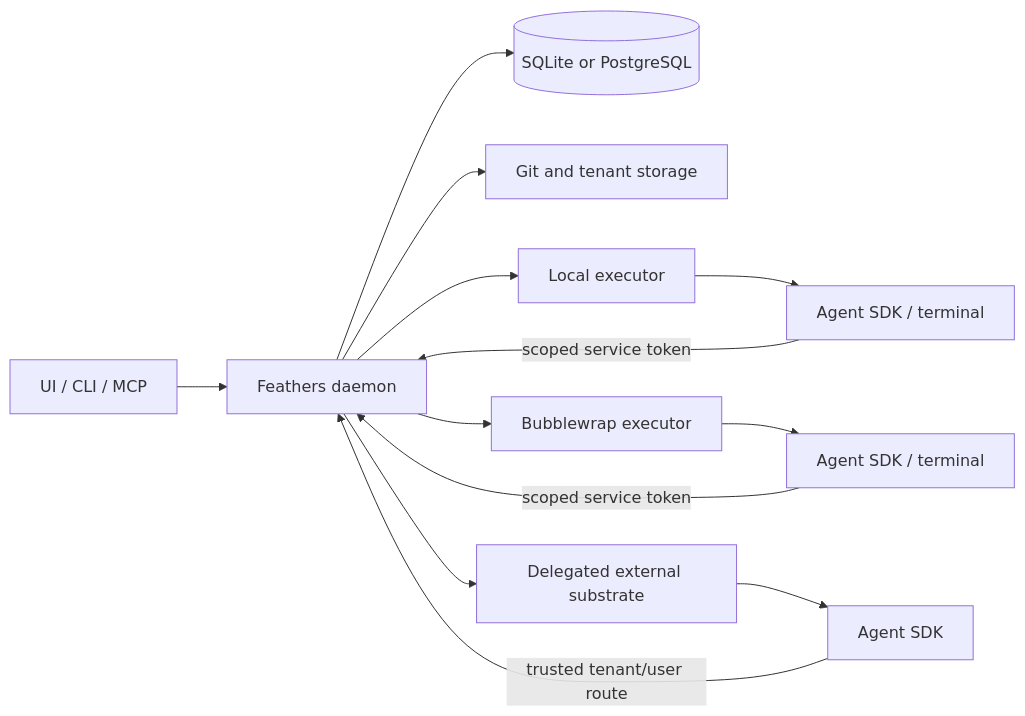
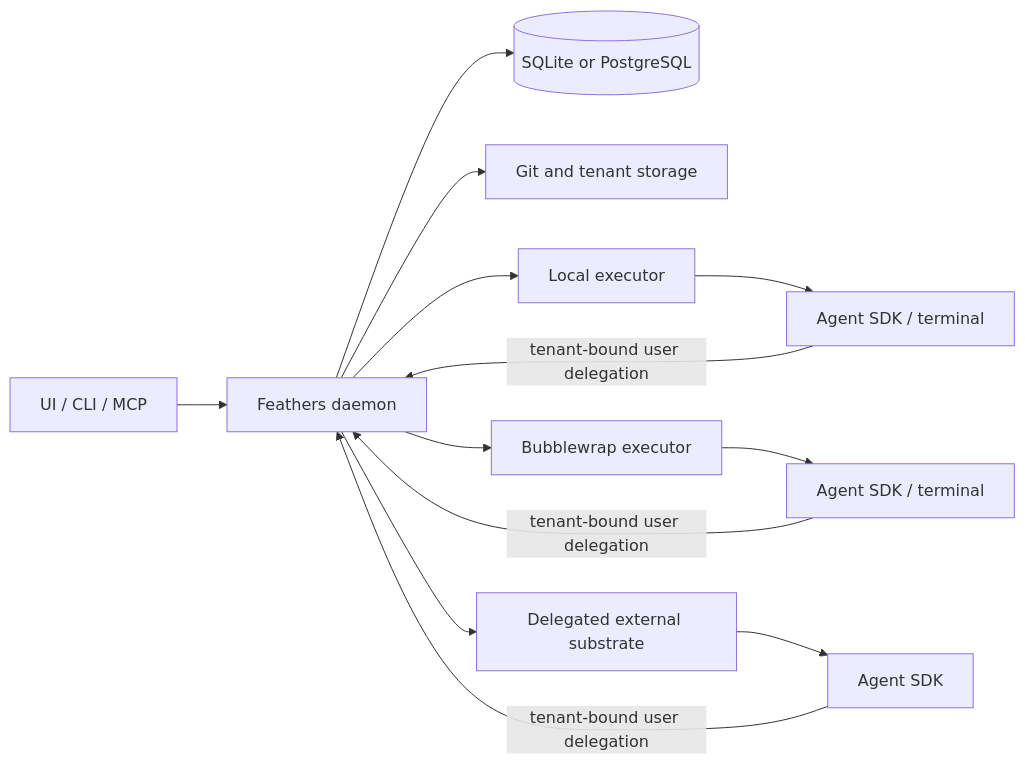
One commit to preset-io/agor changed the first of 2 diagrams in apps/agor-docs/content/guide/architecture.mdx. Above: the diagram before and after it, drawn with Mermaid. The commit also changed other lines of this file and 123 other files, not shown here.

````diff
--- a/apps/agor-docs/content/guide/architecture.mdx
+++ b/apps/agor-docs/content/guide/architecture.mdx
@@ -20,15 +25,15 @@
 ```mermaid
 graph LR
   UI[UI / CLI / MCP] --> D[Feathers daemon]
   D --> DB[(SQLite or PostgreSQL)]
   D --> G[Git and tenant storage]
   D --> L[Local executor]
   D --> B[Bubblewrap executor]
   D --> X[Delegated external substrate]
   L --> SDK[Agent SDK / terminal]
   B --> SDK2[Agent SDK / terminal]
   X --> SDK3[Agent SDK]
-  SDK -->|scoped service token| D
-  SDK2 -->|scoped service token| D
-  SDK3 -->|trusted tenant/user route| D
+  SDK -->|tenant-bound user delegation| D
+  SDK2 -->|tenant-bound user delegation| D
+  SDK3 -->|tenant-bound user delegation| D
 ```
````
